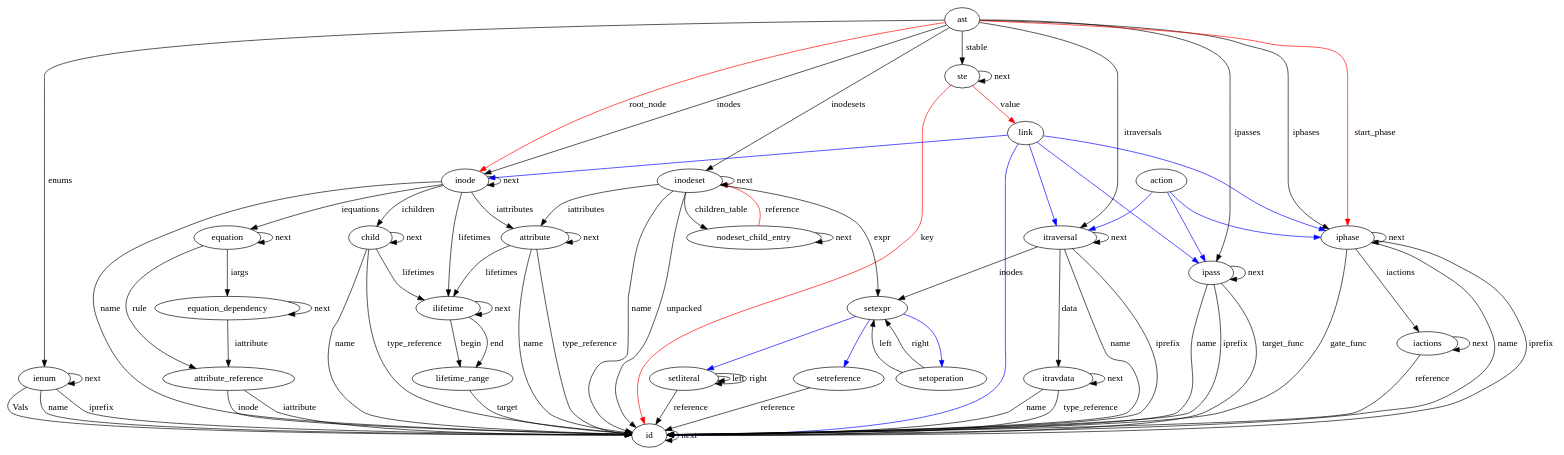
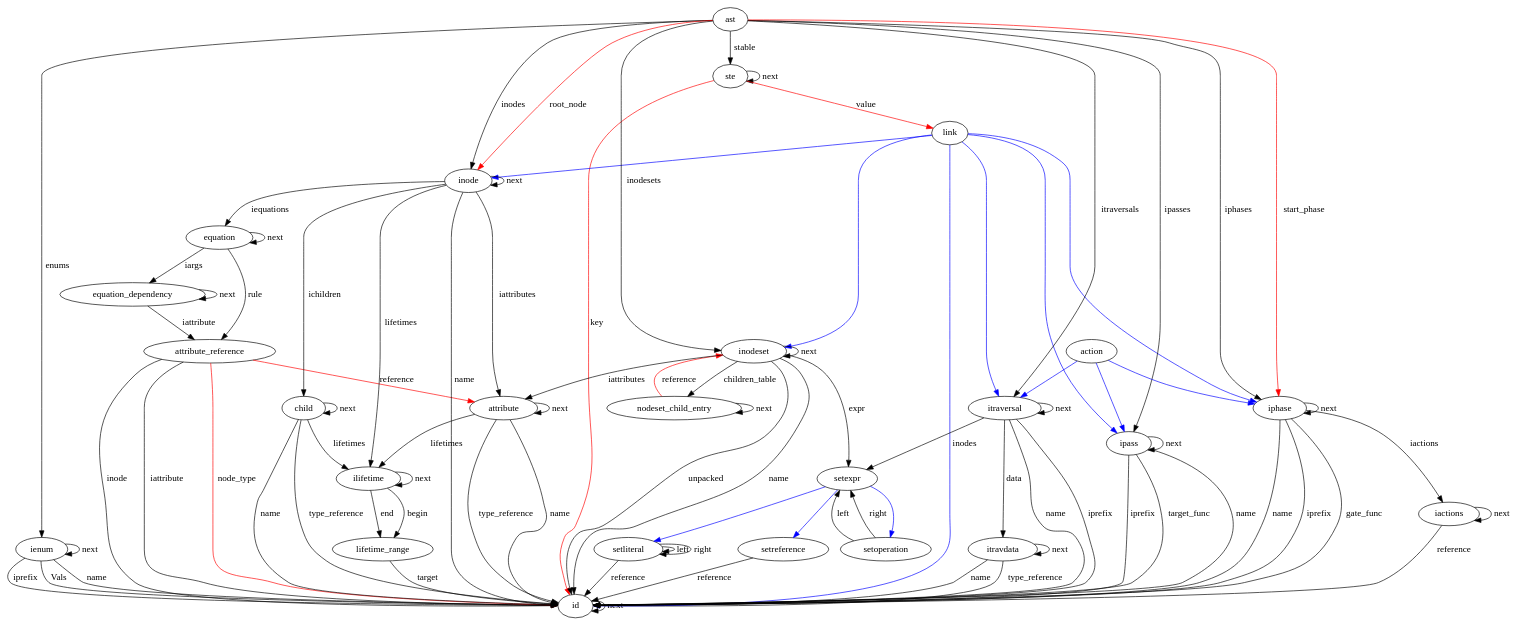
One commit to CoCoNut-UvA/coconut changed the diagram in cocogen/ccngen/ast.dot. Above: the diagram before and after it, drawn with Graphviz. The commit also changed 14 other files, not shown here.

```diff
--- a/cocogen/ccngen/ast.dot
+++ b/cocogen/ccngen/ast.dot
@@ -1,113 +1,116 @@
 digraph Ast {
 id;
 id -> id[label="next"]
 ienum;
 ienum -> id[label="Vals"]
 ienum -> id[label="name"]
 ienum -> id[label="iprefix"]
 ienum -> ienum[label="next"]
 attribute_reference;
 attribute_reference -> id[label="inode"]
 attribute_reference -> id[label="iattribute"]
+attribute_reference -> id[color=red, label="node_type"]
+attribute_reference -> attribute[color=red, label="reference"]
 equation_dependency;
 equation_dependency -> attribute_reference[label="iattribute"]
 equation_dependency -> equation_dependency[label="next"]
 equation;
 equation -> attribute_reference[label="rule"]
 equation -> equation_dependency[label="iargs"]
 equation -> equation[label="next"]
 attribute;
 attribute -> id[label="name"]
 attribute -> id[label="type_reference"]
 attribute -> ilifetime[label="lifetimes"]
 attribute -> attribute[label="next"]
 itravdata;
 itravdata -> id[label="name"]
 itravdata -> id[label="type_reference"]
 itravdata -> itravdata[label="next"]
 setoperation;
 setoperation -> setexpr[label="left"]
 setoperation -> setexpr[label="right"]
 setliteral;
 setliteral -> id[label="reference"]
 setliteral -> setliteral[label="left"]
 setliteral -> setliteral[label="right"]
 setreference;
 setreference -> id[label="reference"]
 ste;
 ste -> ste[label="next"]
 ste -> id[color=red, label="key"]
 ste -> link[color=red, label="value"]
 child;
 child -> id[label="name"]
 child -> ilifetime[label="lifetimes"]
 child -> child[label="next"]
 child -> id[label="type_reference"]
 lifetime_range;
 lifetime_range -> id[label="target"]
 ilifetime;
 ilifetime -> lifetime_range[label="begin"]
 ilifetime -> lifetime_range[label="end"]
 ilifetime -> ilifetime[label="next"]
 nodeset_child_entry;
 nodeset_child_entry -> nodeset_child_entry[label="next"]
 nodeset_child_entry -> inodeset[color=red, label="reference"]
 inodeset;
 inodeset -> id[label="name"]
 inodeset -> setexpr[label="expr"]
 inodeset -> attribute[label="iattributes"]
 inodeset -> id[label="unpacked"]
 inodeset -> inodeset[label="next"]
 inodeset -> nodeset_child_entry[label="children_table"]
 inode;
 inode -> id[label="name"]
 inode -> inode[label="next"]
 inode -> child[label="ichildren"]
 inode -> attribute[label="iattributes"]
 inode -> equation[label="iequations"]
 inode -> ilifetime[label="lifetimes"]
 ipass;
 ipass -> id[label="name"]
 ipass -> id[label="iprefix"]
 ipass -> id[label="target_func"]
 ipass -> ipass[label="next"]
 itraversal;
 itraversal -> id[label="name"]
 itraversal -> id[label="iprefix"]
 itraversal -> setexpr[label="inodes"]
 itraversal -> itravdata[label="data"]
 itraversal -> itraversal[label="next"]
 iphase;
 iphase -> id[label="name"]
 iphase -> id[label="iprefix"]
 iphase -> id[label="gate_func"]
 iphase -> iactions[label="iactions"]
 iphase -> iphase[label="next"]
 iactions;
 iactions -> id[label="reference"]
 iactions -> iactions[label="next"]
 ast;
 ast -> iphase[label="iphases"]
 ast -> itraversal[label="itraversals"]
 ast -> ipass[label="ipasses"]
 ast -> inode[label="inodes"]
 ast -> inodeset[label="inodesets"]
 ast -> ienum[label="enums"]
 ast -> ste[label="stable"]
 ast -> inode[color=red, label="root_node"]
 ast -> iphase[color=red, label="start_phase"]
 setexpr;
 setexpr -> setoperation [color=blue]
 setexpr -> setreference [color=blue]
 setexpr -> setliteral [color=blue]
 link;
 link -> iphase [color=blue]
 link -> itraversal [color=blue]
 link -> ipass [color=blue]
 link -> inode [color=blue]
+link -> inodeset [color=blue]
 link -> id [color=blue]
 action;
 action -> iphase [color=blue]
 action -> itraversal [color=blue]
 action -> ipass [color=blue]
 }
```
